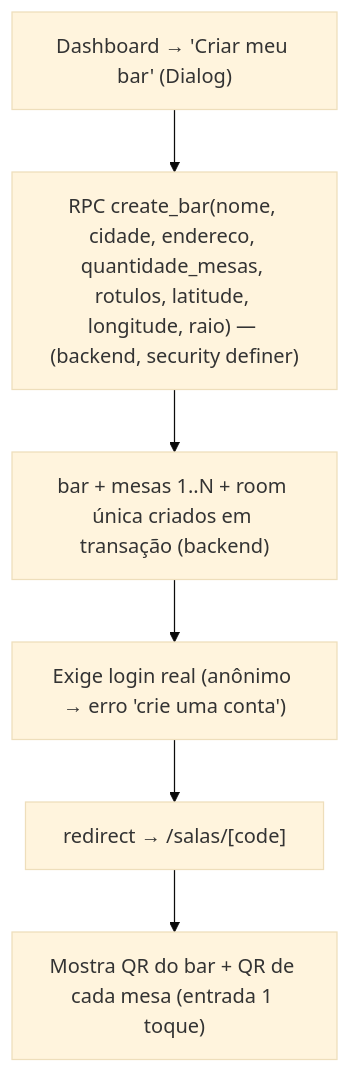
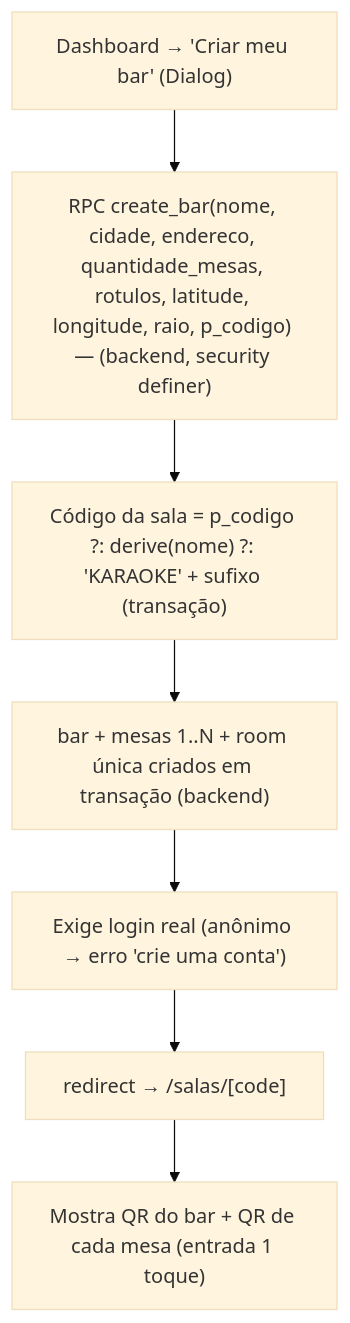
The seventh of 15 diagrams in docs/flows/fluxos-do-sistema.md (cavalcanteprofissional/karaoke-flow), drawn with Mermaid (base theme) before and after one commit. The commit also changed other lines of this file and 31 other files, not shown here.

First line of the commit message:
feat: código de sala configurável (3–12) + entrada direta por código + aprovação de música por padrão (Fase 3.6)

````diff
--- a/docs/flows/fluxos-do-sistema.md
+++ b/docs/flows/fluxos-do-sistema.md
@@ -109,8 +111,9 @@
 ```mermaid
 flowchart TD
-    A["Dashboard → 'Criar meu bar' (Dialog)"] --> B["RPC create_bar(nome, cidade, endereco, quantidade_mesas, rotulos, latitude, longitude, raio) — (backend, security definer)"]
-    B --> C["bar + mesas 1..N + room única criados em transação (backend)"]
-    C --> D["Exige login real (anônimo → erro 'crie uma conta')"]
-    D --> E["redirect → /salas/[code]"]
-    E --> F["Mostra QR do bar + QR de cada mesa (entrada 1 toque)"]
+    A["Dashboard → 'Criar meu bar' (Dialog)"] --> B["RPC create_bar(nome, cidade, endereco, quantidade_mesas, rotulos, latitude, longitude, raio, p_codigo) — (backend, security definer)"]
+    B --> C["Código da sala = p_codigo ?: derive(nome) ?: 'KARAOKE' + sufixo (transação)"]
+    C --> D["bar + mesas 1..N + room única criados em transação (backend)"]
+    D --> E["Exige login real (anônimo → erro 'crie uma conta')"]
+    E --> F["redirect → /salas/[code]"]
+    F --> G["Mostra QR do bar + QR de cada mesa (entrada 1 toque)"]
 ```
````
